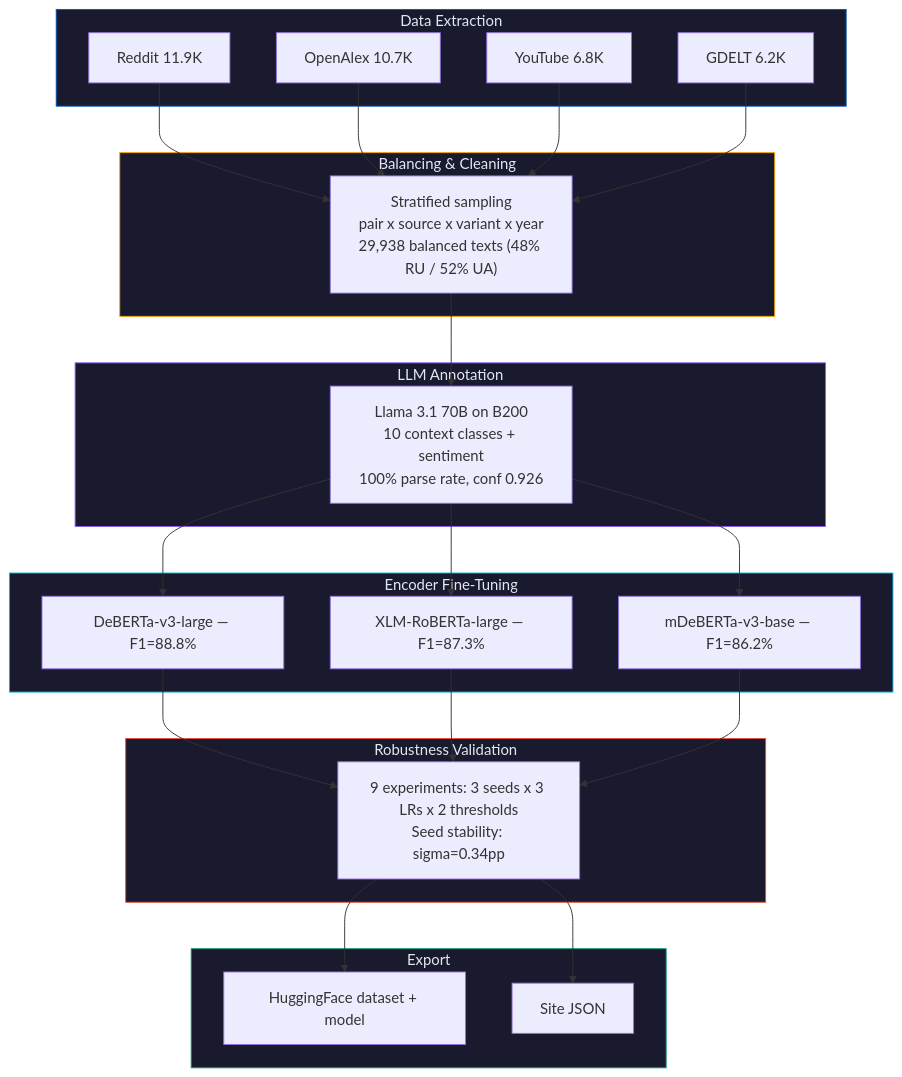
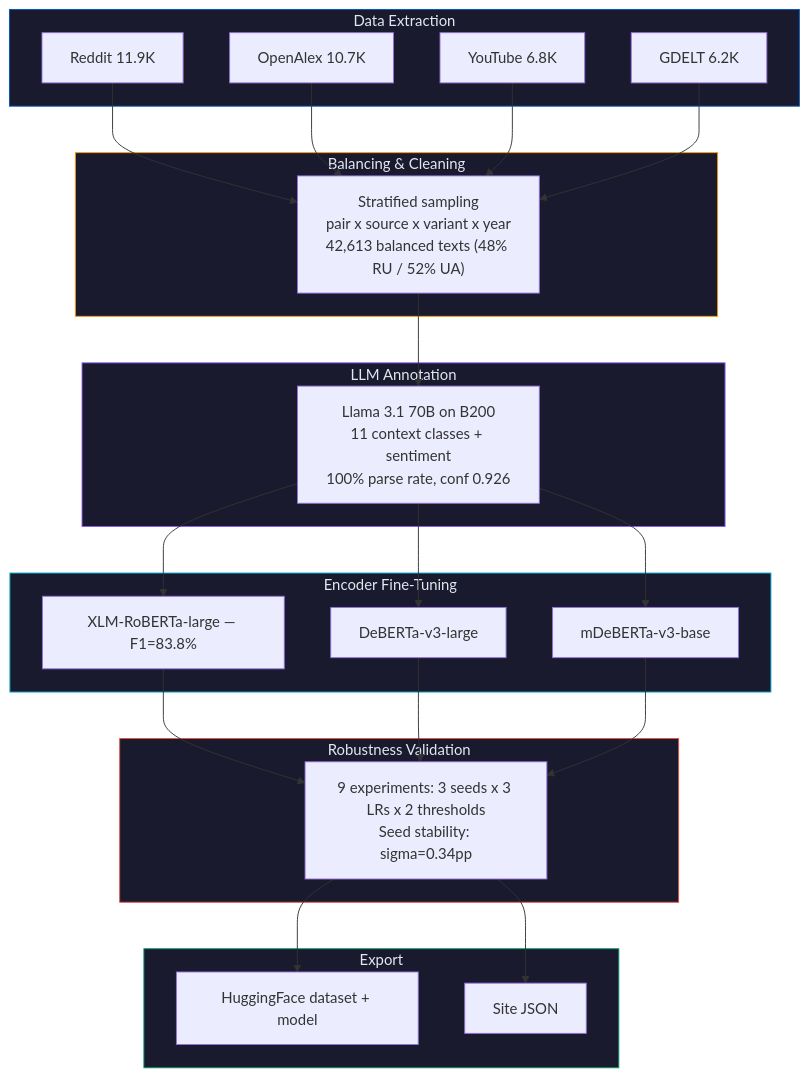
The diagram in pipeline/cl/README.md (IvanDobrovolsky/kyivnotkiev), drawn with Mermaid before and after one commit. The commit also changed other lines of this file and 9 other files, not shown here.

````diff
--- a/pipeline/cl/README.md
+++ b/pipeline/cl/README.md
@@ -22,40 +22,40 @@
 ```mermaid
 flowchart TD
     subgraph Extract["Data Extraction"]
         style Extract fill:#1a1a2e,stroke:#0057B8,color:#e2e8f0
         R["Reddit 11.9K"]
         OA["OpenAlex 10.7K"]
         YT["YouTube 6.8K"]
         G["GDELT 6.2K"]
     end
 
     subgraph Balance["Balancing & Cleaning"]
         style Balance fill:#1a1a2e,stroke:#f59e0b,color:#e2e8f0
-        B["Stratified sampling<br/>pair x source x variant x year<br/>29,938 balanced texts (48% RU / 52% UA)"]
+        B["Stratified sampling<br/>pair x source x variant x year<br/>42,613 balanced texts (48% RU / 52% UA)"]
     end
 
     subgraph Annotate["LLM Annotation"]
         style Annotate fill:#1a1a2e,stroke:#8b5cf6,color:#e2e8f0
-        L["Llama 3.1 70B on B200<br/>10 context classes + sentiment<br/>100% parse rate, conf 0.926"]
+        L["Llama 3.1 70B on B200<br/>11 context classes + sentiment<br/>100% parse rate, conf 0.926"]
     end
 
     subgraph Finetune["Encoder Fine-Tuning"]
         style Finetune fill:#1a1a2e,stroke:#06b6d4,color:#e2e8f0
-        D["DeBERTa-v3-large — F1=88.8%"]
-        X["XLM-RoBERTa-large — F1=87.3%"]
-        M["mDeBERTa-v3-base — F1=86.2%"]
+        X["XLM-RoBERTa-large — F1=83.8%"]
+        D["DeBERTa-v3-large"]
+        M["mDeBERTa-v3-base"]
     end
 
     subgraph Robust["Robustness Validation"]
         style Robust fill:#1a1a2e,stroke:#E74C3C,color:#e2e8f0
         RV["9 experiments: 3 seeds x 3 LRs x 2 thresholds<br/>Seed stability: sigma=0.34pp"]
     end
 
     subgraph Export["Export"]
         style Export fill:#1a1a2e,stroke:#059669,color:#e2e8f0
         HF["HuggingFace dataset + model"]
         SJ["Site JSON"]
     end
 
-    R & OA & YT & G --> B --> L --> D & X & M --> RV --> HF & SJ
+    R & OA & YT & G --> B --> L --> X & D & M --> RV --> HF & SJ
 ```
````
